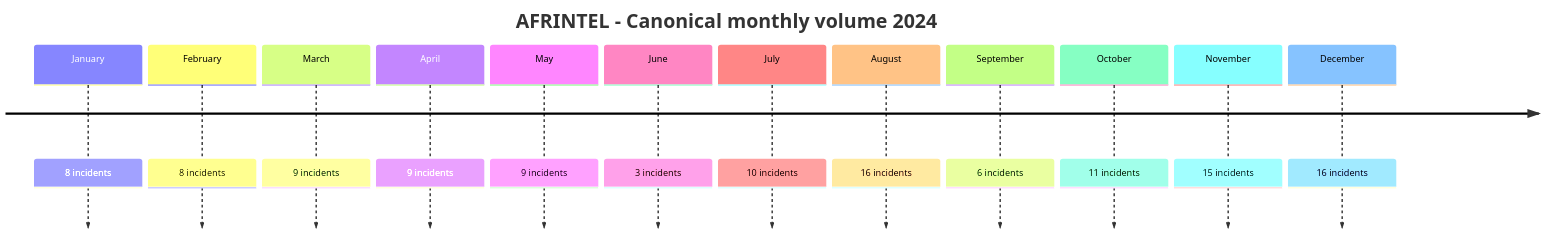
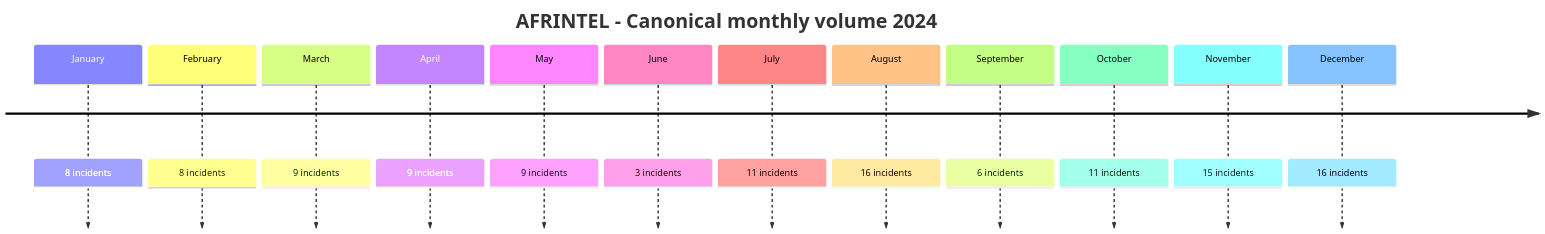
The first of 2 diagrams in CyberAttackAfrica/2024/README.md (Hatchepsoute/AFRINTEL), drawn with Mermaid before and after one commit. The commit also changed other lines of this file and 43 other files, not shown here.

````diff
--- a/CyberAttackAfrica/2024/README.md
+++ b/CyberAttackAfrica/2024/README.md
@@ -42,16 +42,16 @@
 ```mermaid
 timeline
     title AFRINTEL - Canonical monthly volume 2024
     January : 8 incidents
     February : 8 incidents
     March : 9 incidents
     April : 9 incidents
     May : 9 incidents
     June : 3 incidents
-    July : 10 incidents
+    July : 11 incidents
     August : 16 incidents
     September : 6 incidents
     October : 11 incidents
     November : 15 incidents
     December : 16 incidents
 ```
````
